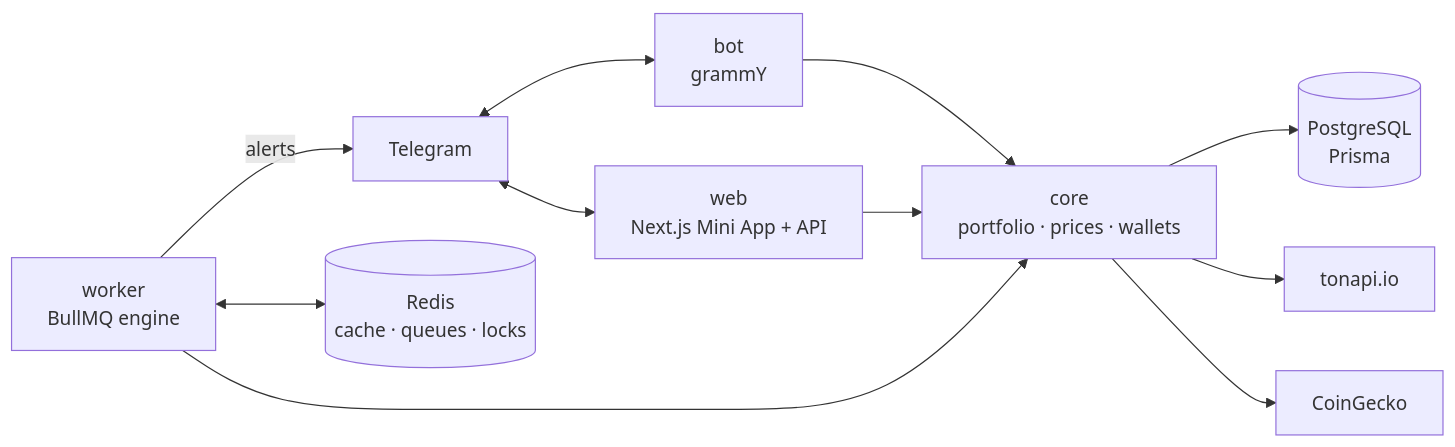
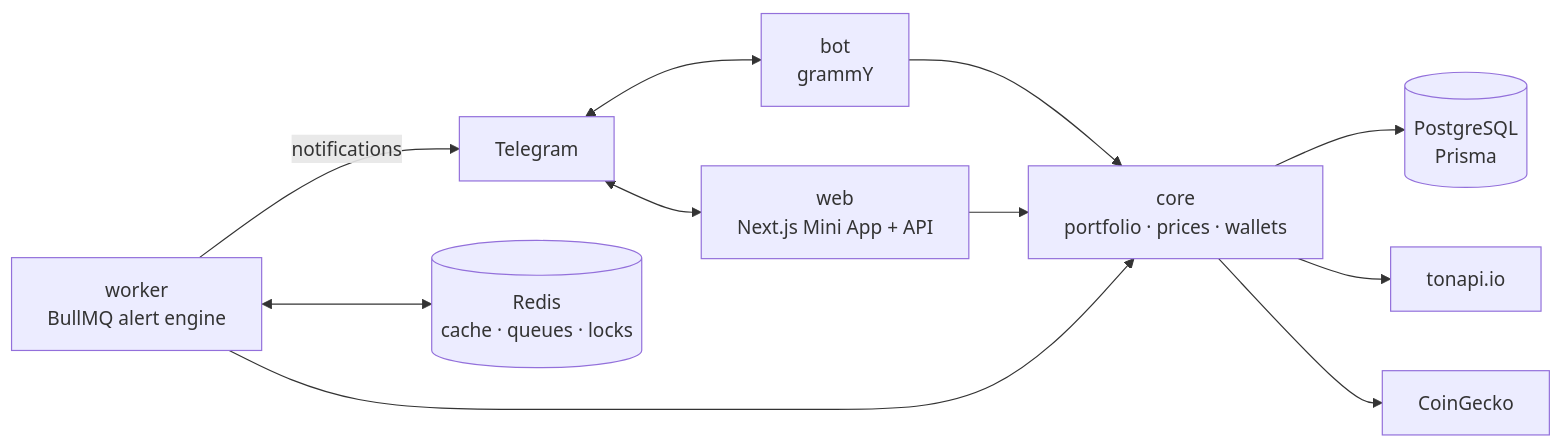
One commit to M1rwana12/tonfolio changed the diagram in README.md. Above: the diagram before and after it, drawn with Mermaid. The commit also changed other lines of this file and 1 other file, not shown here.

````diff
--- a/README.md
+++ b/README.md
@@ -46,15 +58,15 @@
 ```mermaid
 flowchart LR
     TG[Telegram] <--> BOT[bot<br/>grammY]
     TG <--> WEB[web<br/>Next.js Mini App + API]
-    WORKER[worker<br/>BullMQ engine] -->|alerts| TG
+    WORKER[worker<br/>BullMQ alert engine] -->|notifications| TG
 
     BOT --> CORE[core<br/>portfolio · prices · wallets]
     WEB --> CORE
     WORKER --> CORE
 
     CORE --> DB[(PostgreSQL<br/>Prisma)]
     WORKER <--> REDIS[(Redis<br/>cache · queues · locks)]
     CORE --> TONAPI[tonapi.io]
     CORE --> CG[CoinGecko]
 ```
````
